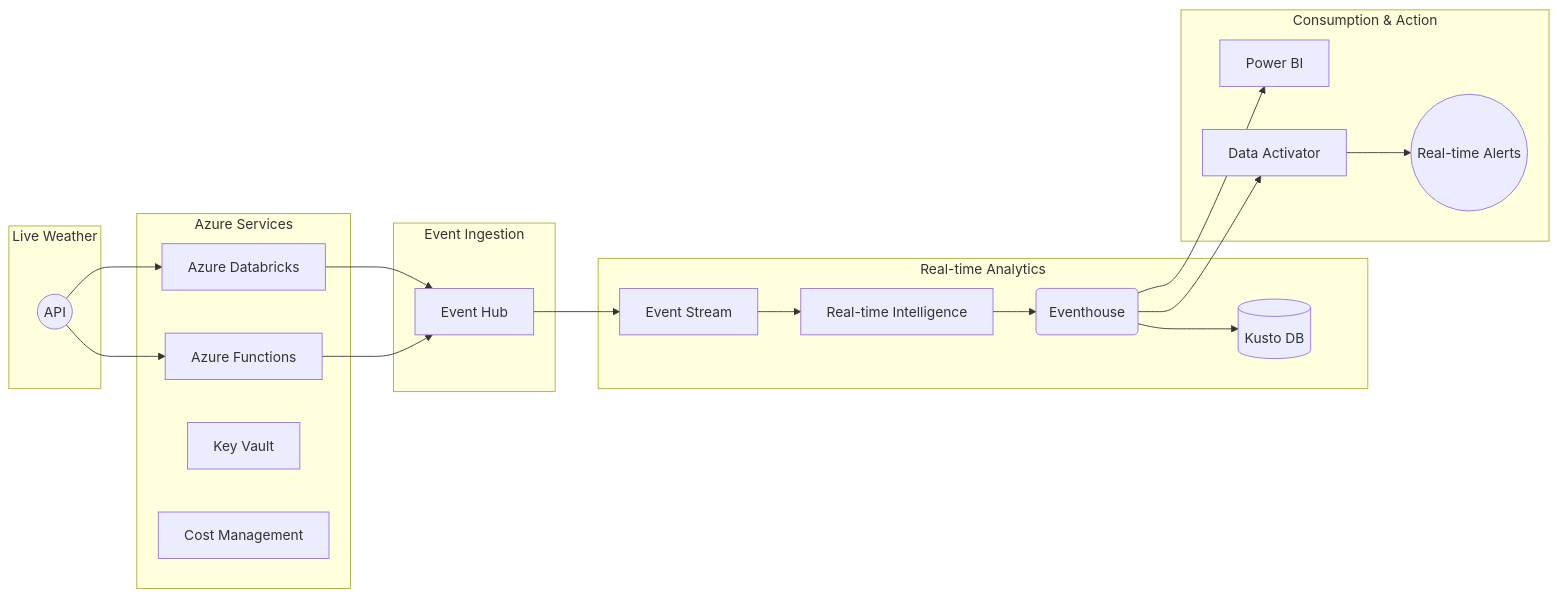
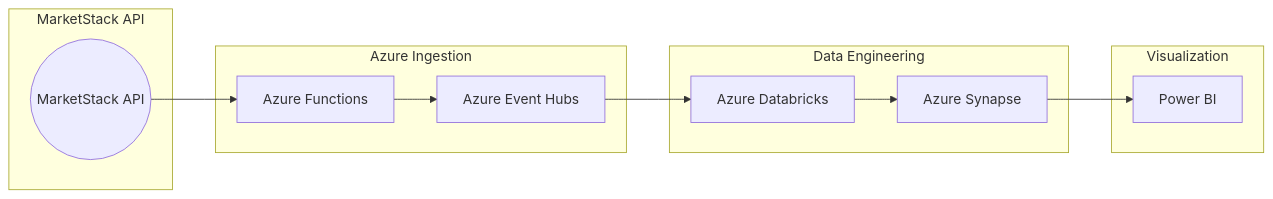
Before and after one commit to mohitsubramaniam15/Az-finance-streaming: the diagram in README.md, drawn with Mermaid. The commit also changed other lines of this file, not shown here.

````diff
--- a/README.md
+++ b/README.md
@@ -21,42 +21,26 @@
 ```mermaid
 graph LR
-    subgraph Live Weather
-        API((API))
+    subgraph MarketStack API
+        API((MarketStack API))
     end
 
-    subgraph Azure Services
-        Databricks[Azure Databricks]
-        Functions[Azure Functions]
-        KeyVault[Key Vault]
-        CostManagement[Cost Management]
+    subgraph Azure Ingestion
+        AzureFunction[Azure Functions]
+        EventHub[Azure Event Hubs]
     end
 
-    subgraph Event Ingestion
-        EventHub[Event Hub]
+    subgraph Data Engineering
+        Databricks[Azure Databricks]
+        Synapse[Azure Synapse]
     end
 
-    subgraph Real-time Analytics
-        Eventhouse(Eventhouse)
-        EventhouseLabel[(Kusto DB)]
-        EventStream[Event Stream]
-        RealTimeIntelligence[Real-time Intelligence]
-        Eventhouse --> EventhouseLabel
+    subgraph Visualization
+        PowerBI[Power BI]
     end
 
-    subgraph Consumption & Action
-        PowerBI[Power BI]
-        DataActivator[Data Activator]
-        RealTimeAlerts((Real-time Alerts))
-    end
-
-    API --> Databricks
-    API --> Functions
-    Databricks --> EventHub
-    Functions --> EventHub
-    EventHub --> EventStream
-    EventStream --> RealTimeIntelligence
-    RealTimeIntelligence --> Eventhouse
-    Eventhouse --> PowerBI
-    Eventhouse --> DataActivator
-    DataActivator --> RealTimeAlerts
+    API --> AzureFunction
+    AzureFunction --> EventHub
+    EventHub --> Databricks
+    Databricks --> Synapse
+    Synapse --> PowerBI
 ```
````
